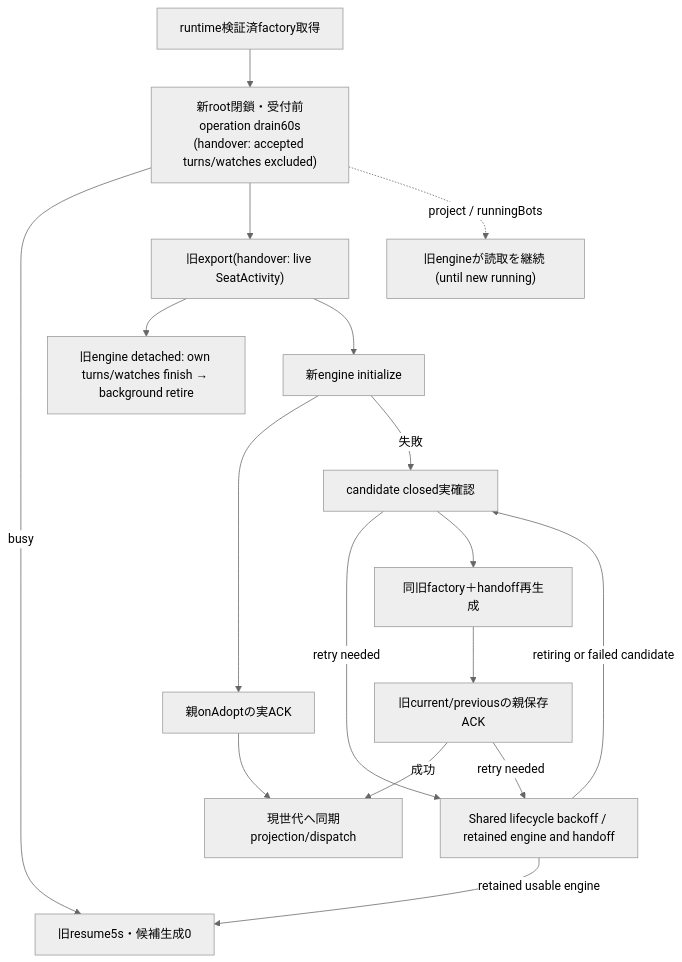
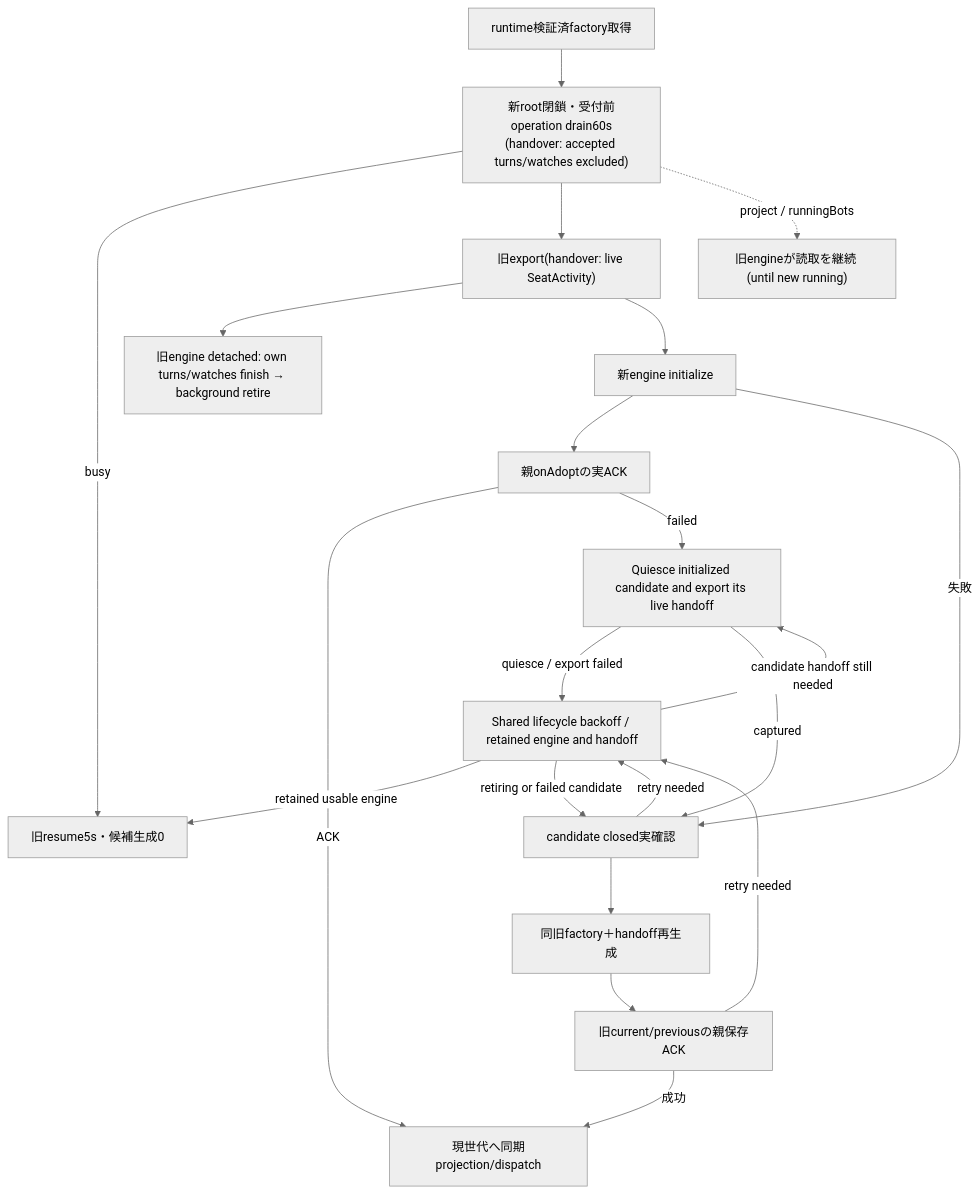
The second of 6 diagrams in docs/architecture/modules/execution/host-factory.md (kitepon/BellTeam), drawn with Mermaid (neutral theme) before and after one commit. The commit also changed other lines of this file and 4 other files, not shown here.

Commit message:
Retain the candidate handoff through execution rollback recovery

````diff
--- a/docs/architecture/modules/execution/host-factory.md
+++ b/docs/architecture/modules/execution/host-factory.md
@@ -43,19 +43,23 @@
 ```mermaid
 flowchart TD
   Load["runtime検証済factory取得"] --> Close["新root閉鎖・受付前operation drain60s<br/>(handover: accepted turns/watches excluded)"]
   Close -->|busy| Resume["旧resume5s・候補生成0"]
   Close --> Export["旧export(handover: live SeatActivity)"]
   Export --> Detach["旧engine detached: own turns/watches finish → background retire"]
   Export --> Init["新engine initialize"]
   Close -.->|"project / runningBots"| Reads["旧engineが読取を継続 (until new running)"]
   Init --> Save["親onAdoptの実ACK"]
-  Save --> Running["現世代へ同期projection/dispatch"]
+  Save -->|ACK| Running["現世代へ同期projection/dispatch"]
+  Save -->|failed| Capture["Quiesce initialized candidate and export its live handoff"]
+  Capture -->|quiesce / export failed| Backoff
+  Capture -->|captured| Cleanup
+  Backoff -->|candidate handoff still needed| Capture
   Init -->|失敗| Cleanup["candidate closed実確認"]
   Cleanup -->|retry needed| Backoff["Shared lifecycle backoff / retained engine and handoff"]
   Cleanup --> Restore["同旧factory＋handoff再生成"]
   Restore --> OldSave["旧current/previousの親保存ACK"]
   OldSave -->|成功| Running
   OldSave -->|retry needed| Backoff
   Backoff -->|retained usable engine| Resume
   Backoff -->|retiring or failed candidate| Cleanup
 ```
````
